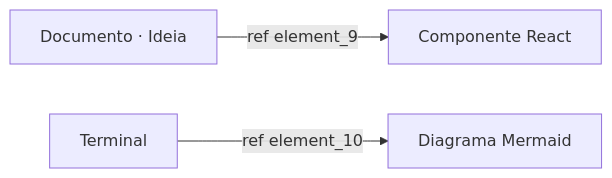
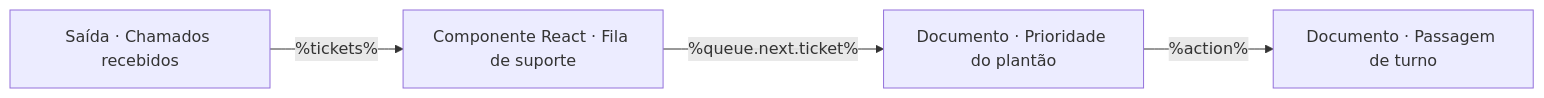
Before and after one commit to enriquesaid/metalboard2: the first of 3 diagrams in README.md, drawn with Mermaid. The commit also changed other lines of this file and 6 other files, not shown here.

````diff
--- a/README.md
+++ b/README.md
@@ -40,5 +40,6 @@
 ```mermaid
 flowchart LR
-    ideia["Documento · Ideia"] -->|"ref element_9"| componente["Componente React"]
-    terminal["Terminal"] -->|"ref element_10"| fluxo["Diagrama Mermaid"]
+    tickets["Saída · Chamados recebidos"] -->|"%tickets%"| queue["Componente React · Fila de suporte"]
+    queue -->|"%queue.next.ticket%"| action["Documento · Prioridade do plantão"]
+    action -->|"%action%"| handoff["Documento · Passagem de turno"]
 ```
````
